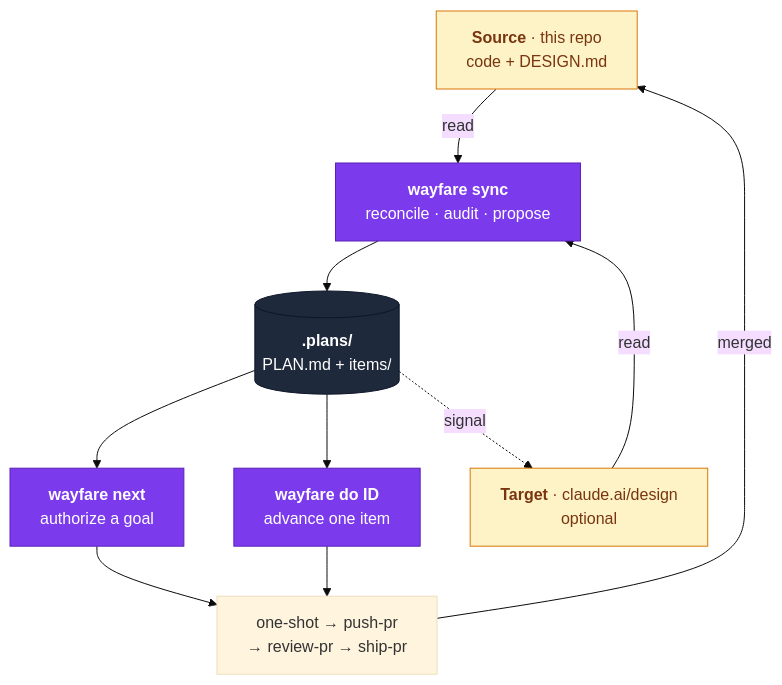
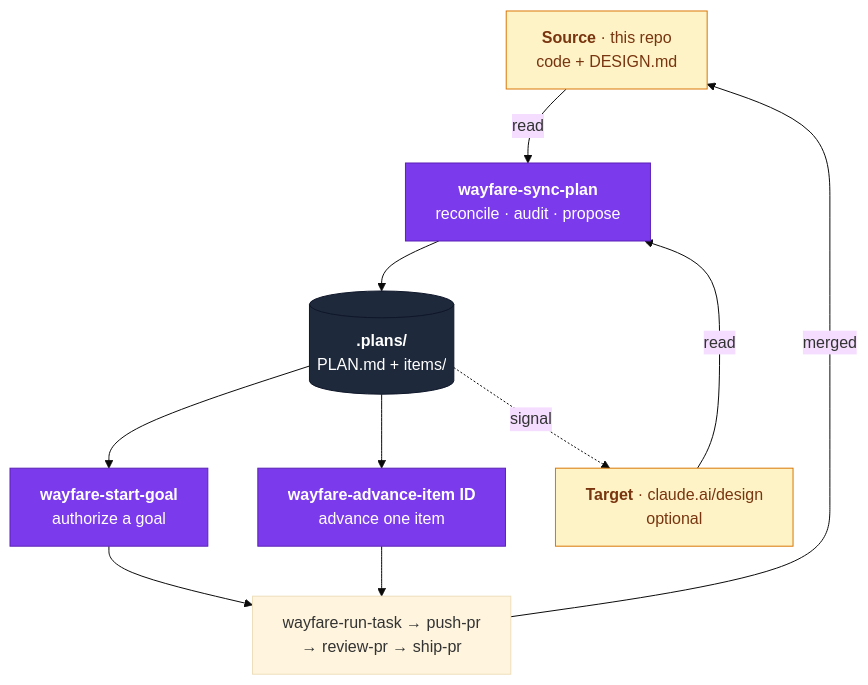
One commit to ai-hero/hero-skills changed the first of 4 diagrams in README.md. Above: the diagram before and after it, drawn with Mermaid (base theme). The commit also changed other lines of this file and 102 other files, not shown here.

````diff
--- a/README.md
+++ b/README.md
@@ -45,27 +45,27 @@
 ```mermaid
 flowchart TB
   SRC["<b>Source</b> · this repo<br/>code + DESIGN.md"]
   TGT["<b>Target</b> · claude.ai/design<br/>optional"]
-  PLAN["<b>wayfare sync</b><br/>reconcile · audit · propose"]
+  PLAN["<b>wayfare-sync-plan</b><br/>reconcile · audit · propose"]
   STORE[("<b>.plans/</b><br/>PLAN.md + items/")]
-  NEXT["<b>wayfare next</b><br/>authorize a goal"]
-  DO["<b>wayfare do ID</b><br/>advance one item"]
-  BUILD["one-shot → push-pr<br/>→ review-pr → ship-pr"]
+  NEXT["<b>wayfare-start-goal</b><br/>authorize a goal"]
+  DO["<b>wayfare-advance-item ID</b><br/>advance one item"]
+  BUILD["wayfare-run-task → push-pr<br/>→ review-pr → ship-pr"]
 
   SRC -- read --> PLAN
   TGT -- read --> PLAN
   PLAN --> STORE
   STORE --> NEXT
   STORE --> DO
   NEXT --> BUILD
   DO --> BUILD
   BUILD -- merged --> SRC
   STORE -. signal .-> TGT
 
   classDef verb fill:#7C3AED,stroke:#5B21B6,color:#fff
   classDef store fill:#1E293B,stroke:#0F172A,color:#fff
   classDef end_ fill:#FEF3C7,stroke:#D97706,color:#78350F
   class PLAN,NEXT,DO verb
   class STORE store
   class SRC,TGT end_
 ```
````
